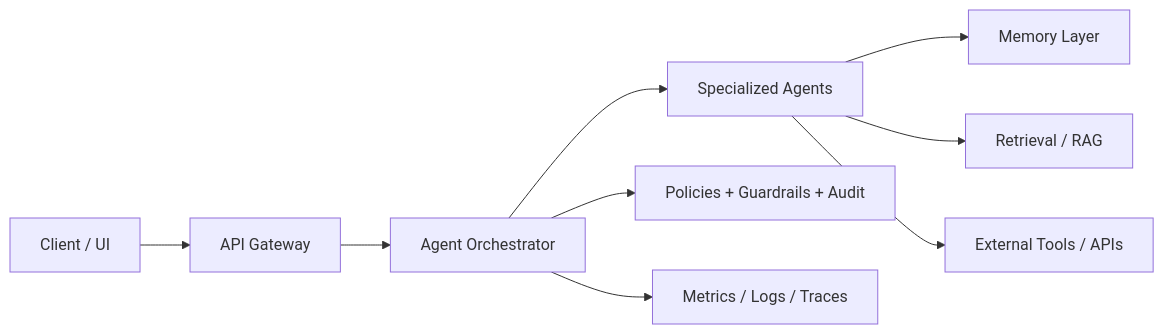
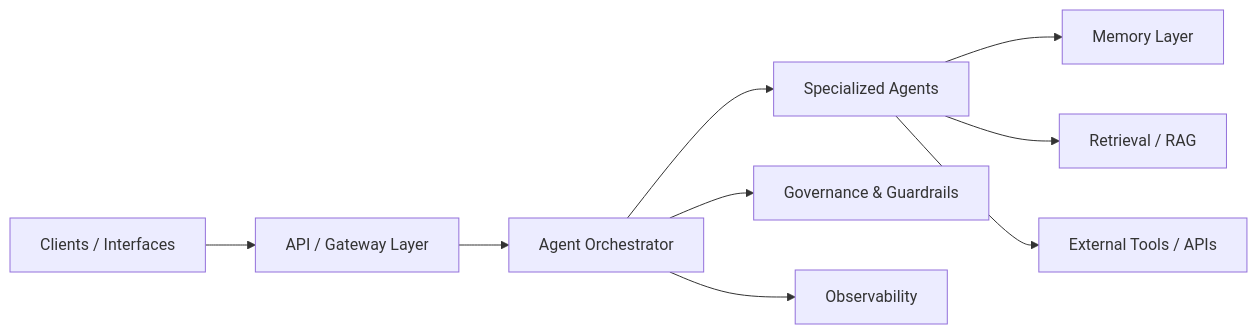
Before and after one commit to AshaNatty/AshaNatty: the diagram in README.md, drawn with Mermaid. The commit also changed other lines of this file, not shown here.

````diff
--- a/README.md
+++ b/README.md
@@ -136,14 +136,14 @@
 ```mermaid
 flowchart LR
-    Client[Client / UI] --> Gateway[API Gateway]
+    Client[Clients / Interfaces] --> Gateway[API / Gateway Layer]
     Gateway --> Orchestrator[Agent Orchestrator]
 
     Orchestrator --> Agents[Specialized Agents]
 
     Agents --> Memory[Memory Layer]
     Agents --> Retrieval[Retrieval / RAG]
     Agents --> Tools[External Tools / APIs]
 
-    Orchestrator --> Governance[Policies + Guardrails + Audit]
-    Orchestrator --> Observability[Metrics / Logs / Traces]
+    Orchestrator --> Governance[Governance & Guardrails]
+    Orchestrator --> Observability[Observability]
 ```
````
